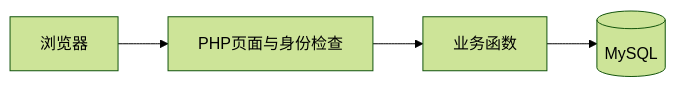
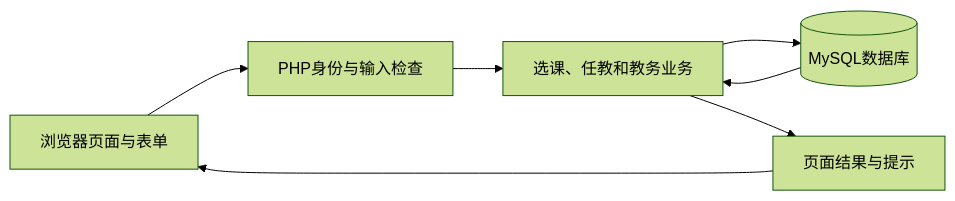
Before and after one commit to jwe148/-: the first of 2 diagrams in 课程注册系统设计文档.md, drawn with Mermaid (forest theme). The commit also changed other lines of this file and 13 other files, not shown here.

````diff
--- a/课程注册系统设计文档.md
+++ b/课程注册系统设计文档.md
@@ -9,6 +11,9 @@
 ```mermaid
 flowchart LR
-    A[浏览器] --> B[PHP页面与身份检查]
-    B --> C[业务函数]
-    C --> D[(MySQL)]
+    A[浏览器页面与表单] --> B[PHP身份与输入检查]
+    B --> C[选课、任教和教务业务]
+    C --> D[(MySQL数据库)]
+    D --> C
+    C --> E[页面结果与提示]
+    E --> A
 ```
````
